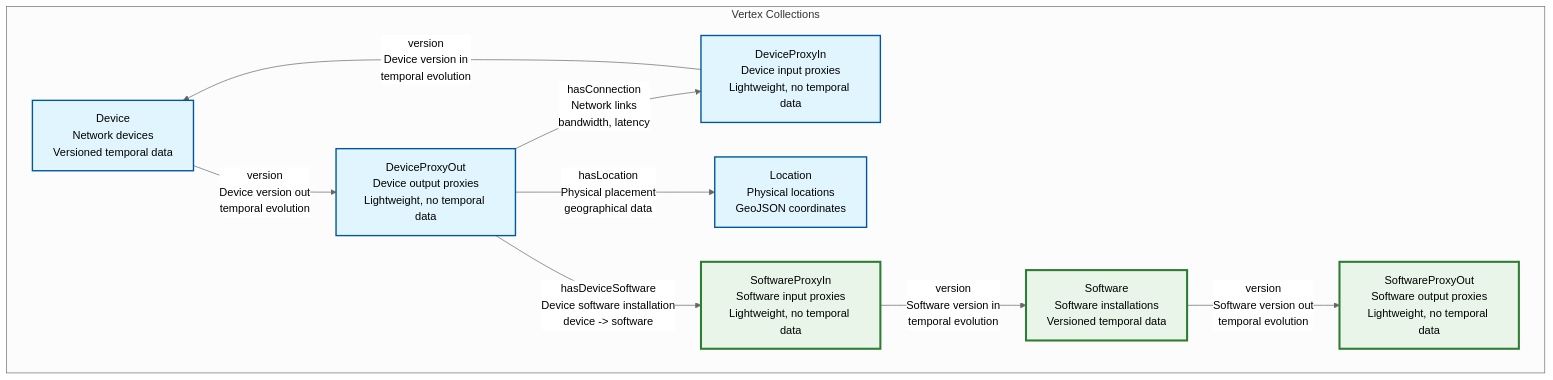
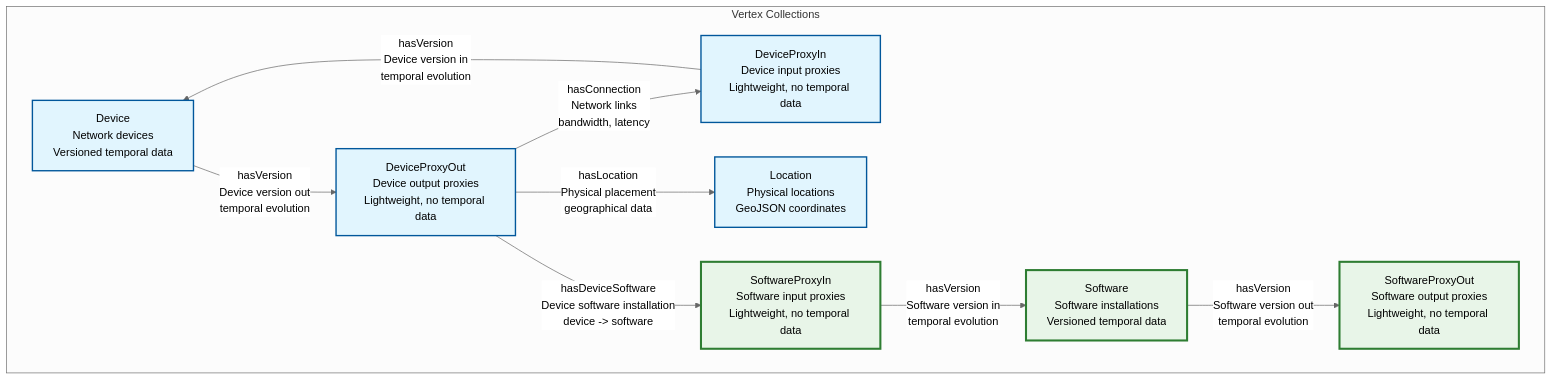
One commit to ArthurKeen/scalable-multi-tenant-temporal-graph-reference-implementation changed the first of 2 diagrams in README.md. Above: the diagram before and after it, drawn with Mermaid (neutral theme). The commit also changed other lines of this file and 31 other files, not shown here.

````diff
--- a/README.md
+++ b/README.md
@@ -48,38 +48,38 @@
 ```mermaid
 graph TB
     %% Vertex Collections (W3C OWL naming - PascalCase, singular)
     subgraph "Vertex Collections"
         D[Device<br/>Network devices<br/>Versioned temporal data]
         DPI[DeviceProxyIn<br/>Device input proxies<br/>Lightweight, no temporal data]
         DPO[DeviceProxyOut<br/>Device output proxies<br/>Lightweight, no temporal data]
         S[Software<br/>Software installations<br/>Versioned temporal data]
         SPI[SoftwareProxyIn<br/>Software input proxies<br/>Lightweight, no temporal data]
         SPO[SoftwareProxyOut<br/>Software output proxies<br/>Lightweight, no temporal data]
         L[Location<br/>Physical locations<br/>GeoJSON coordinates]
     end
     
     %% Edge Collections (W3C OWL naming - camelCase, singular)
     
     %% Network connections between devices
     DPO -->|hasConnection<br/>Network links<br/>bandwidth, latency| DPI
     
     %% Device location relationships
     DPO -->|hasLocation<br/>Physical placement<br/>geographical data| L
     
     %% Device-Software relationships (CORRECTED LOGIC)
     DPO -->|hasDeviceSoftware<br/>Device software installation<br/>device -> software| SPI
     
     %% Device Time Travel (existing pattern)
-    DPI -->|version<br/>Device version in<br/>temporal evolution| D
-    D -->|version<br/>Device version out<br/>temporal evolution| DPO
+    DPI -->|hasVersion<br/>Device version in<br/>temporal evolution| D
+    D -->|hasVersion<br/>Device version out<br/>temporal evolution| DPO
     
     %% Software Time Travel (NEW pattern)
-    SPI -->|version<br/>Software version in<br/>temporal evolution| S
-    S -->|version<br/>Software version out<br/>temporal evolution| SPO
+    SPI -->|hasVersion<br/>Software version in<br/>temporal evolution| S
+    S -->|hasVersion<br/>Software version out<br/>temporal evolution| SPO
     
     %% Tenant isolation indicator
     classDef tenantBox fill:#e1f5fe,stroke:#01579b,stroke-width:2px
     classDef newFeature fill:#e8f5e8,stroke:#2e7d32,stroke-width:3px
     class D,DPI,DPO,L tenantBox
     class S,SPI,SPO newFeature
 ```
````
